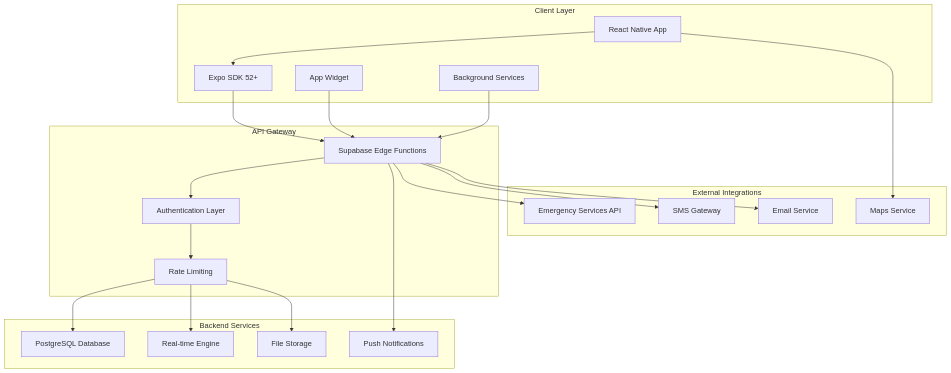
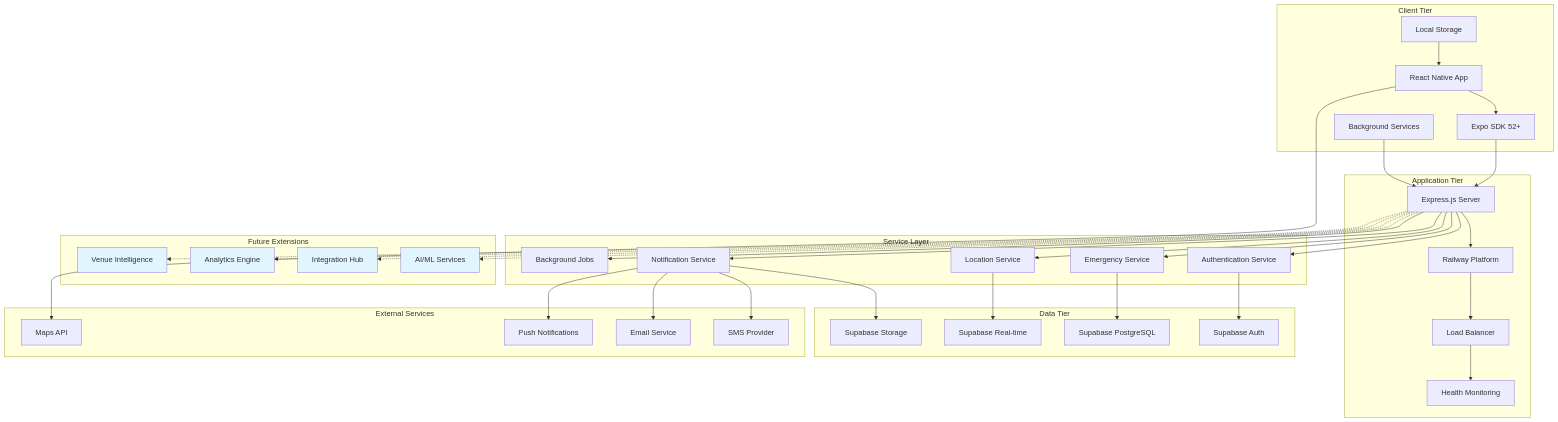
Before and after one commit to ian-devk/docs: the diagram in architecture/overview.mdx, drawn with Mermaid. The commit also changed other lines of this file and 43 other files, not shown here.

````diff
--- a/architecture/overview.mdx
+++ b/architecture/overview.mdx
@@ -33,44 +33,76 @@
 ```mermaid
 graph TB
-    subgraph "Client Layer"
+    subgraph "Client Tier"
         A[React Native App]
         B[Expo SDK 52+]
-        C[App Widget]
-        D[Background Services]
+        C[Background Services]
+        D[Local Storage]
     end
     
-    subgraph "API Gateway"
-        E[Supabase Edge Functions]
-        F[Authentication Layer]
-        G[Rate Limiting]
+    subgraph "Application Tier"
+        E[Express.js Server]
+        F[Railway Platform]
+        G[Load Balancer]
+        H[Health Monitoring]
     end
     
-    subgraph "Backend Services"
-        H[PostgreSQL Database]
-        I[Real-time Engine]
-        J[File Storage]
-        K[Push Notifications]
+    subgraph "Service Layer"
+        I[Authentication Service]
+        J[Emergency Service]
+        K[Location Service]
+        L[Notification Service]
+        M[Background Jobs]
     end
     
-    subgraph "External Integrations"
-        L[Emergency Services API]
-        M[SMS Gateway]
-        N[Email Service]
-        O[Maps Service]
+    subgraph "Data Tier"
+        N[Supabase PostgreSQL]
+        O[Supabase Auth]
+        P[Supabase Real-time]
+        Q[Supabase Storage]
+    end
+    
+    subgraph "External Services"
+        R[SMS Provider]
+        S[Email Service]
+        T[Push Notifications]
+        U[Maps API]
+    end
+    
+    subgraph "Future Extensions"
+        V[AI/ML Services]
+        W[Integration Hub]
+        X[Analytics Engine]
+        Y[Venue Intelligence]
     end
     
     A --> B
     B --> E
     C --> E
-    D --> E
+    D --> A
     E --> F
     F --> G
     G --> H
-    G --> I
-    G --> J
+    E --> I
+    E --> J
     E --> K
     E --> L
     E --> M
-    E --> N
-    A --> O
+    I --> O
+    J --> N
+    K --> P
+    L --> Q
+    L --> R
+    L --> S
+    L --> T
+    A --> U
+    
+    E -.-> V
+    E -.-> W
+    E -.-> X
+    E -.-> Y
+    
+    style V fill:#e1f5fe
+    style W fill:#e1f5fe
+    style X fill:#e1f5fe
+    style Y fill:#e1f5fe
 ```
````
